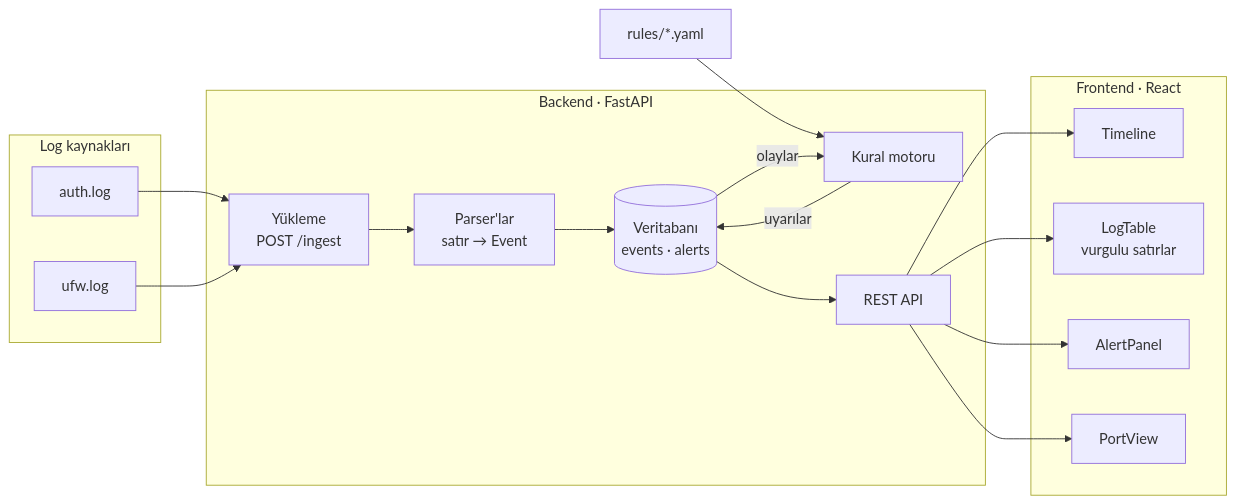
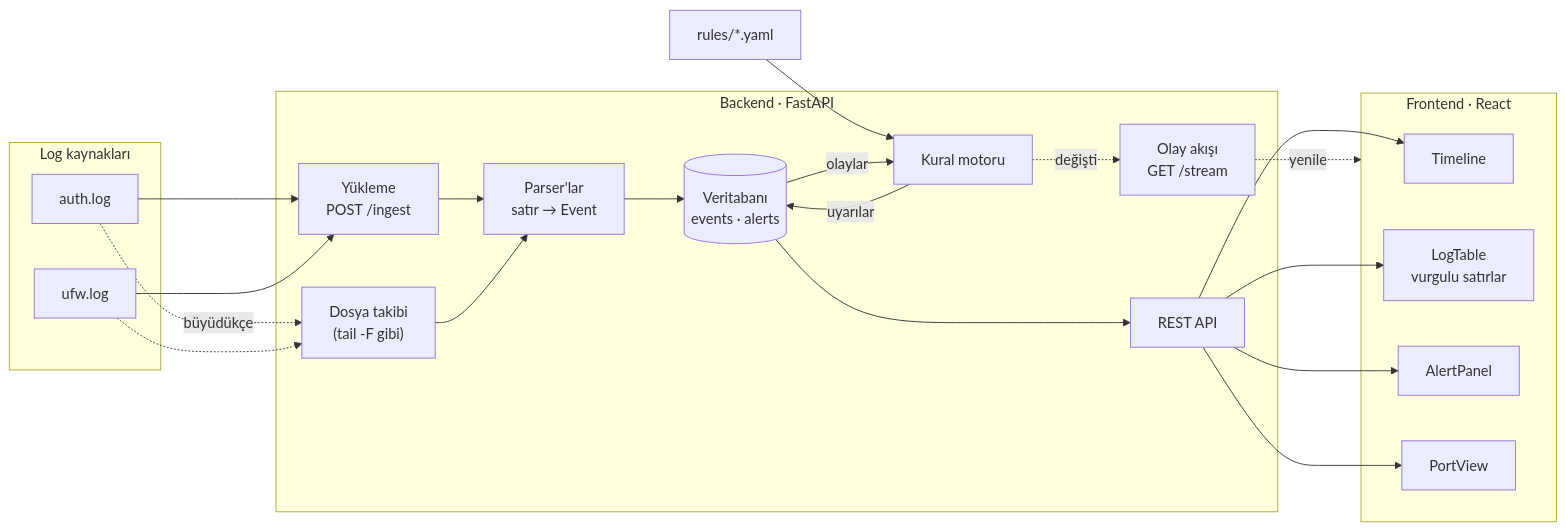
Before and after one commit to ibrahimBakkal/log-analyzer: the diagram in README.md, drawn with Mermaid. The commit also changed other lines of this file, not shown here.

````diff
--- a/README.md
+++ b/README.md
@@ -18,33 +18,39 @@
 ```mermaid
 flowchart LR
     subgraph src["Log kaynakları"]
         auth["auth.log"]
         ufw["ufw.log"]
     end
 
     subgraph be["Backend · FastAPI"]
         ingest["Yükleme<br/>POST /ingest"]
+        follower["Dosya takibi<br/>(tail -F gibi)"]
         parsers["Parser'lar<br/>satır → Event"]
         db[("Veritabanı<br/>events · alerts")]
         engine["Kural motoru"]
         api["REST API"]
+        stream["Olay akışı<br/>GET /stream"]
     end
 
     rules["rules/*.yaml"]
 
     subgraph fe["Frontend · React"]
         timeline["Timeline"]
         logtable["LogTable<br/>vurgulu satırlar"]
         alertpanel["AlertPanel"]
         portview["PortView"]
     end
 
     auth --> ingest
     ufw --> ingest
+    auth -.->|büyüdükçe| follower
+    ufw -.-> follower
     ingest --> parsers --> db
+    follower --> parsers
     rules --> engine
     db -->|olaylar| engine
     engine -->|uyarılar| db
     db --> api
     api --> timeline & logtable & alertpanel & portview
+    engine -.->|değişti| stream -.->|yenile| fe
 ```
````
